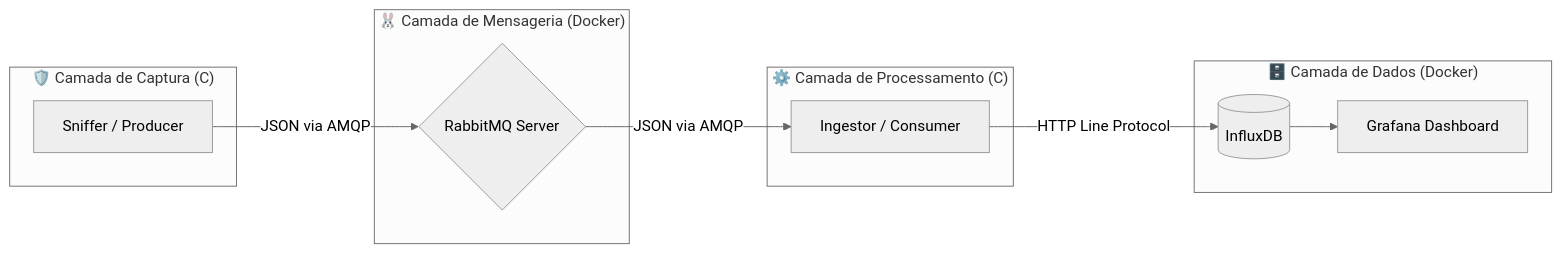
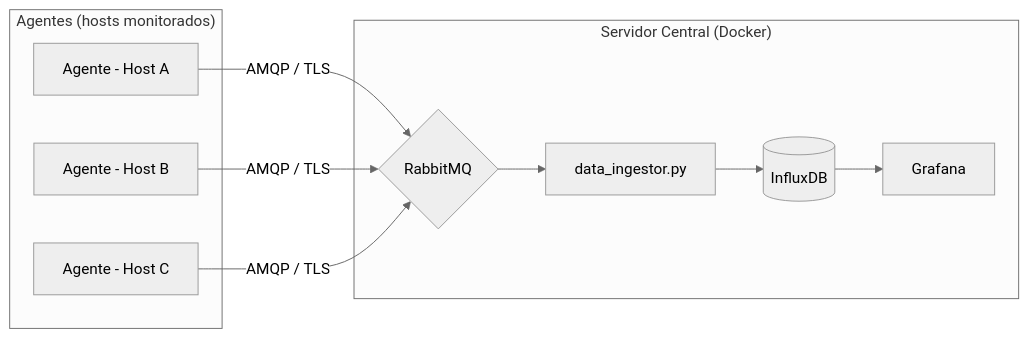
One commit to EduardoMartins-Dev/Network-Traffic-Analyzer changed the diagram in README.md. Above: the diagram before and after it, drawn with Mermaid (neutral theme). The commit also changed other lines of this file and 9 other files, not shown here.

First line of the commit message:
feat(v3): implement agent/server architecture with cross-platform support

````diff
--- a/README.md
+++ b/README.md
@@ -29,24 +34,22 @@
 ```mermaid
 flowchart LR
-    subgraph Capture["🛡️ Camada de Captura (C)"]
-        A[Sniffer / Producer]
+    subgraph Agents["Agentes (hosts monitorados)"]
+        A1[Agente - Host A]
+        A2[Agente - Host B]
+        A3[Agente - Host C]
     end
 
-    subgraph Broker["🐰 Camada de Mensageria (Docker)"]
-        B{RabbitMQ Server}
+    subgraph Server["Servidor Central (Docker)"]
+        B{RabbitMQ}
+        C[data_ingestor.py]
+        D[(InfluxDB)]
+        E[Grafana]
     end
 
-    subgraph Ingest["⚙️ Camada de Processamento (C)"]
-        C[Ingestor / Consumer]
-    end
-
-    subgraph Storage["🗄️ Camada de Dados (Docker)"]
-        D[(InfluxDB)]
-        E[Grafana Dashboard]
-    end
-
-    A -->|JSON via AMQP| B
-    B -->|JSON via AMQP| C
-    C -->|HTTP Line Protocol| D
+    A1 -->|AMQP / TLS| B
+    A2 -->|AMQP / TLS| B
+    A3 -->|AMQP / TLS| B
+    B --> C
+    C --> D
     D --> E
 ```
````
